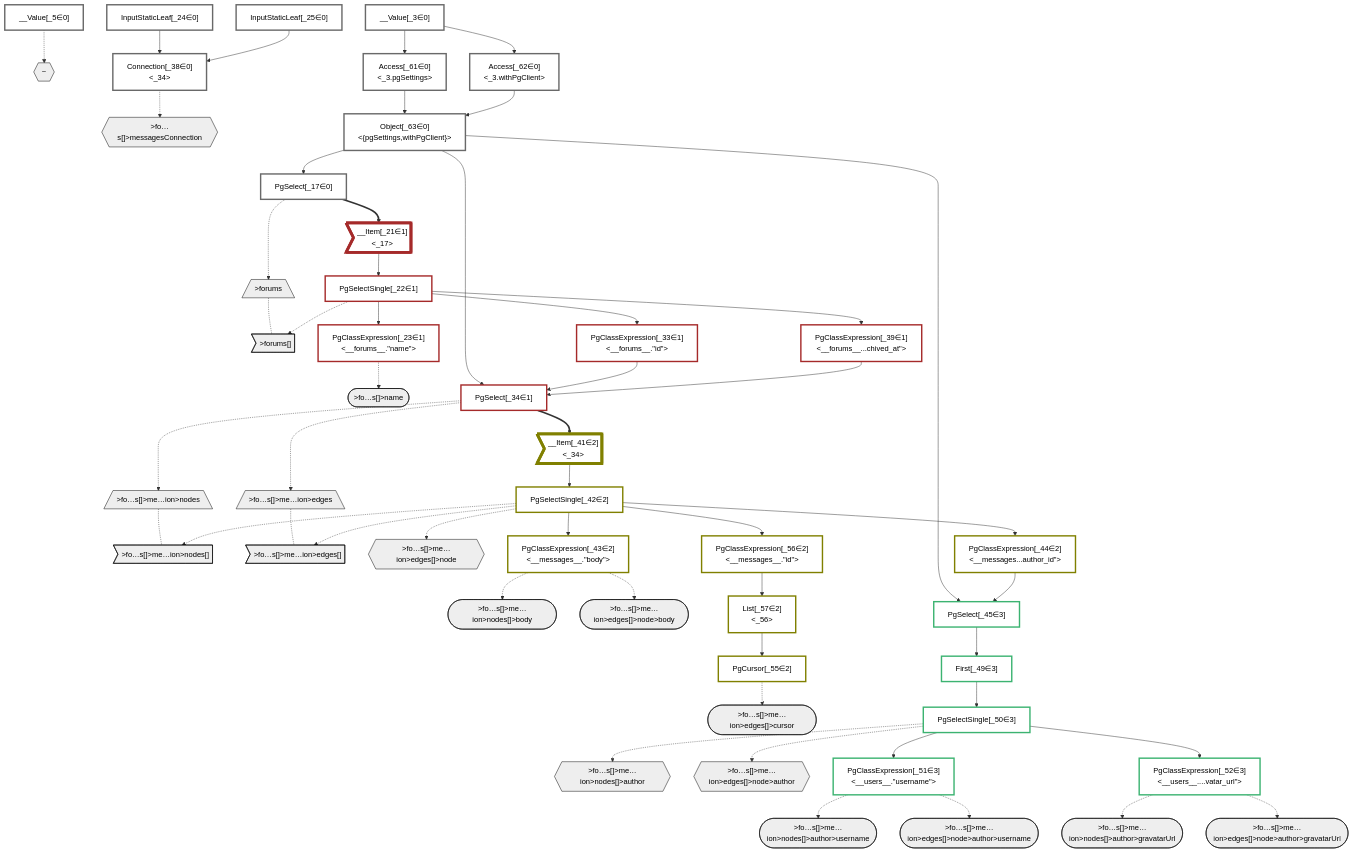
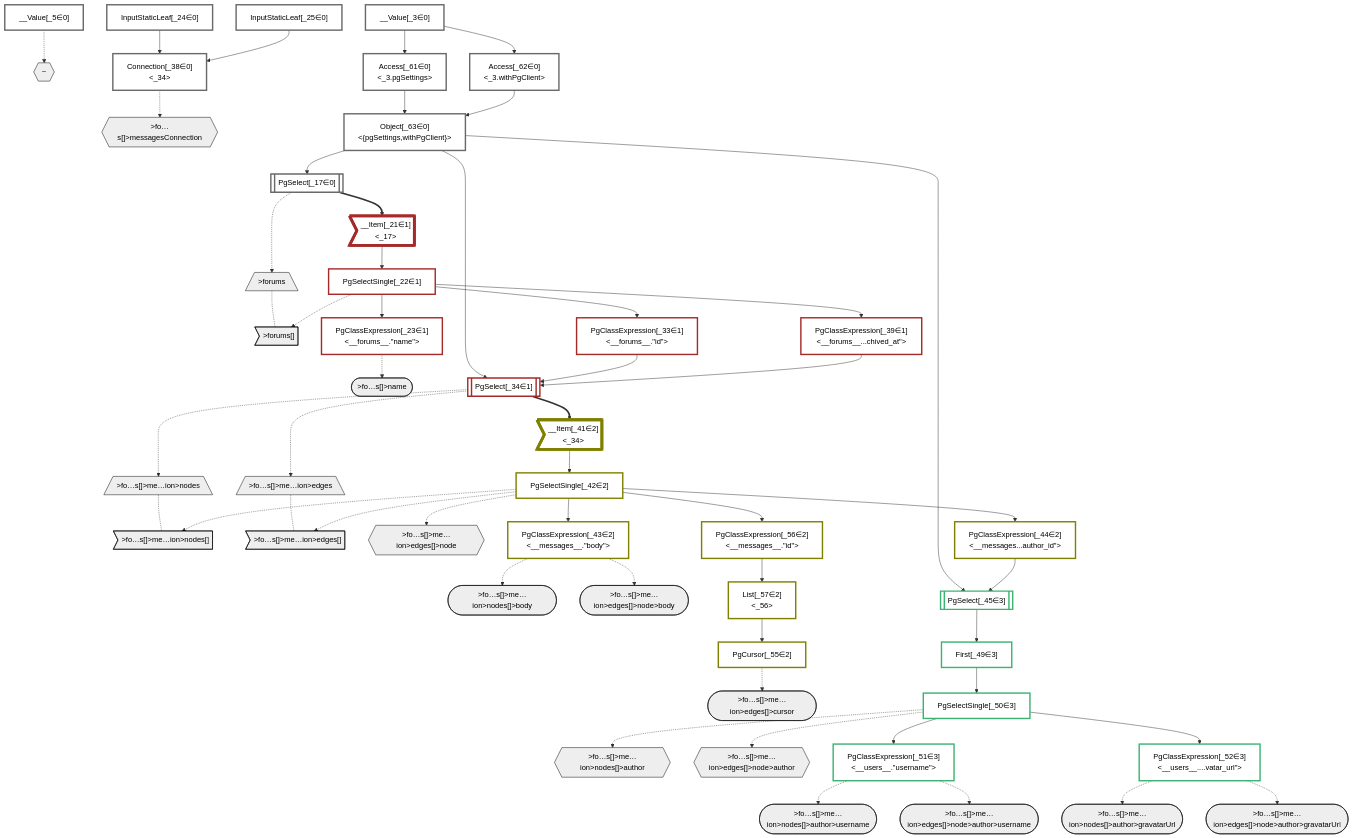
Before and after one commit to graphile/crystal: the diagram in packages/dataplan-pg/__tests__/queries/conditions/archived-forum-inherited-messages.defer-6.deopt.mermaid.md, drawn with Mermaid. The commit also changed 195 other files, not shown here.

```diff
--- a/packages/dataplan-pg/__tests__/queries/conditions/archived-forum-inherited-messages.defer-6.deopt.mermaid.md
+++ b/packages/dataplan-pg/__tests__/queries/conditions/archived-forum-inherited-messages.defer-6.deopt.mermaid.md
@@ -48,21 +48,21 @@
     %% define plans
     __Value_3["__Value[_3∈0]<br /><context>"]:::plan
     __Value_5["__Value[_5∈0]<br /><rootValue>"]:::plan
-    PgSelect_17["PgSelect[_17∈0]<br /><forums>"]:::plan
+    PgSelect_17[["PgSelect[_17∈0]<br /><forums>"]]:::plan
     __Item_21>"__Item[_21∈1]<br /><_17>"]:::itemplan
     PgSelectSingle_22["PgSelectSingle[_22∈1]<br /><forums>"]:::plan
     PgClassExpression_23["PgClassExpression[_23∈1]<br /><__forums__.#quot;name#quot;>"]:::plan
     InputStaticLeaf_24["InputStaticLeaf[_24∈0]"]:::plan
     InputStaticLeaf_25["InputStaticLeaf[_25∈0]"]:::plan
     PgClassExpression_33["PgClassExpression[_33∈1]<br /><__forums__.#quot;id#quot;>"]:::plan
-    PgSelect_34["PgSelect[_34∈1]<br /><messages>"]:::plan
+    PgSelect_34[["PgSelect[_34∈1]<br /><messages>"]]:::plan
     Connection_38["Connection[_38∈0]<br /><_34>"]:::plan
     PgClassExpression_39["PgClassExpression[_39∈1]<br /><__forums__...chived_at#quot;>"]:::plan
     __Item_41>"__Item[_41∈2]<br /><_34>"]:::itemplan
     PgSelectSingle_42["PgSelectSingle[_42∈2]<br /><messages>"]:::plan
     PgClassExpression_43["PgClassExpression[_43∈2]<br /><__messages__.#quot;body#quot;>"]:::plan
     PgClassExpression_44["PgClassExpression[_44∈2]<br /><__messages...author_id#quot;>"]:::plan
-    PgSelect_45["PgSelect[_45∈3]<br /><users>"]:::plan
+    PgSelect_45[["PgSelect[_45∈3]<br /><users>"]]:::plan
     First_49["First[_49∈3]"]:::plan
     PgSelectSingle_50["PgSelectSingle[_50∈3]<br /><users>"]:::plan
     PgClassExpression_51["PgClassExpression[_51∈3]<br /><__users__.#quot;username#quot;>"]:::plan
```
